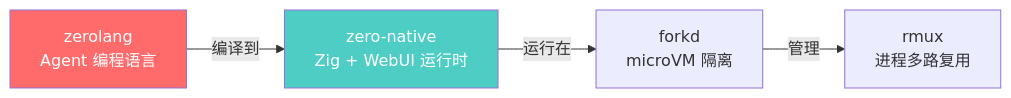
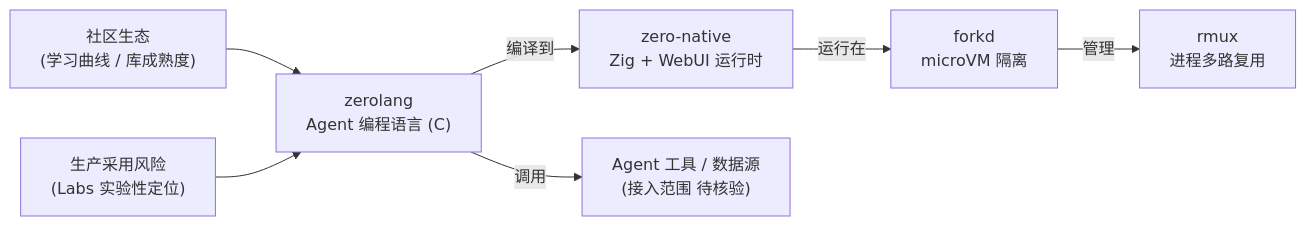
One commit to aiutil/github-researcher changed the diagram in projects/zerolang.md. Above: the diagram before and after it, drawn with Mermaid. The commit also changed other lines of this file and 939 other files, not shown here.

Commit message:
feat: add architect briefs and Mermaid project maps

````diff
--- a/projects/zerolang.md
+++ b/projects/zerolang.md
@@ -44,14 +57,17 @@
 ```mermaid
 graph LR
-    Z["zerolang<br/>Agent 编程语言"]
-    N["zero-native<br/>Zig + WebUI 运行时"]
-    F["forkd<br/>microVM 隔离"]
-    R["rmux<br/>进程多路复用"]
-    
-    Z -->|编译到| N
-    N -->|运行在| F
-    F -->|管理| R
-    
-    style Z fill:#ff6b6b,color:#fff
-    style N fill:#4ecdc4,color:#fff
+  A["zerolang<br/>Agent 编程语言 (C)"]
+  B["zero-native<br/>Zig + WebUI 运行时"]
+  C["forkd<br/>microVM 隔离"]
+  D["rmux<br/>进程多路复用"]
+  E["Agent 工具 / 数据源<br/>(接入范围 待核验)"]
+  F["社区生态<br/>(学习曲线 / 库成熟度)"]
+  G["生产采用风险<br/>(Labs 实验性定位)"]
+
+  A -->|编译到| B
+  B -->|运行在| C
+  C -->|管理| D
+  A -->|调用| E
+  F --> A
+  G --> A
 ```
````
